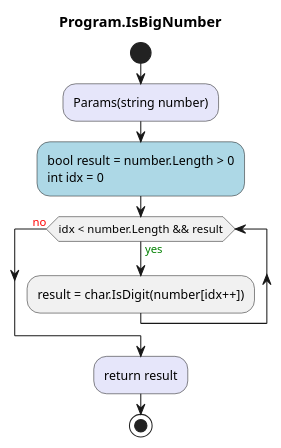
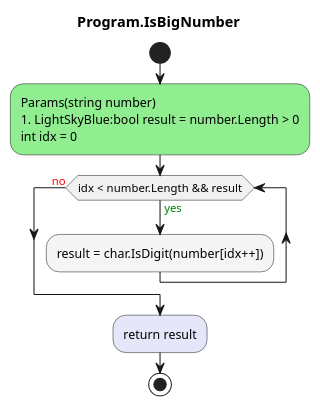
Before and after one commit to leoggehrer/2324-34_ABIF_ACIF_POSE: the diagram in AddBigInteger.ConApp/diagrams/ac_Program_IsBigNumber.puml, drawn with PlantUML. The commit also changed 17 other files, not shown here.

```diff
--- a/AddBigInteger.ConApp/diagrams/ac_Program_IsBigNumber.puml
+++ b/AddBigInteger.ConApp/diagrams/ac_Program_IsBigNumber.puml
@@ -1,12 +1,12 @@
 @startuml Program.IsBigNumber
 title Program.IsBigNumber
 start
-#Lavender:Params(string number);
-#LightBlue:bool result = number.Length > 0
+#LightGreen:Params(string number)
+#LightSkyBlue:bool result = number.Length > 0
 int idx = 0;
 while (idx < number.Length && result) is (<color:green>yes)
-    :result = char.IsDigit(number[idx++]);
+    #WhiteSmoke:result = char.IsDigit(number[idx++]);
 endwhile (<color:red>no)
 #Lavender:return result;
 stop
 @enduml
```
